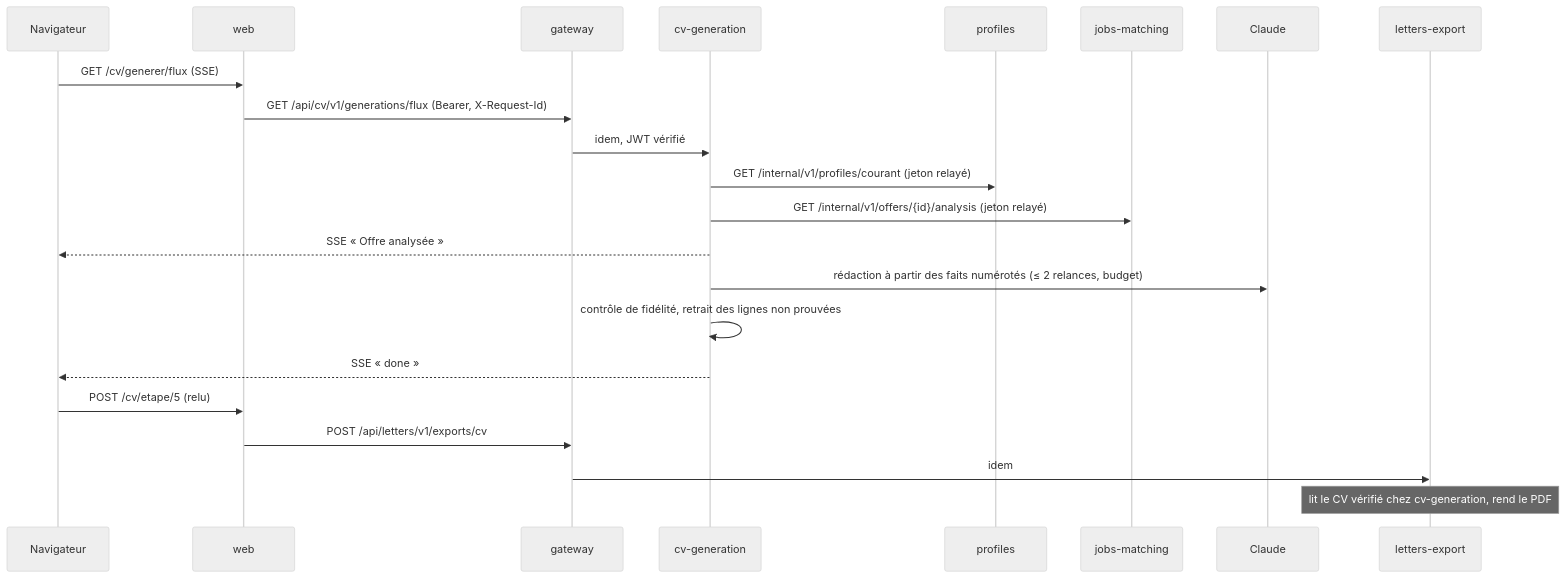
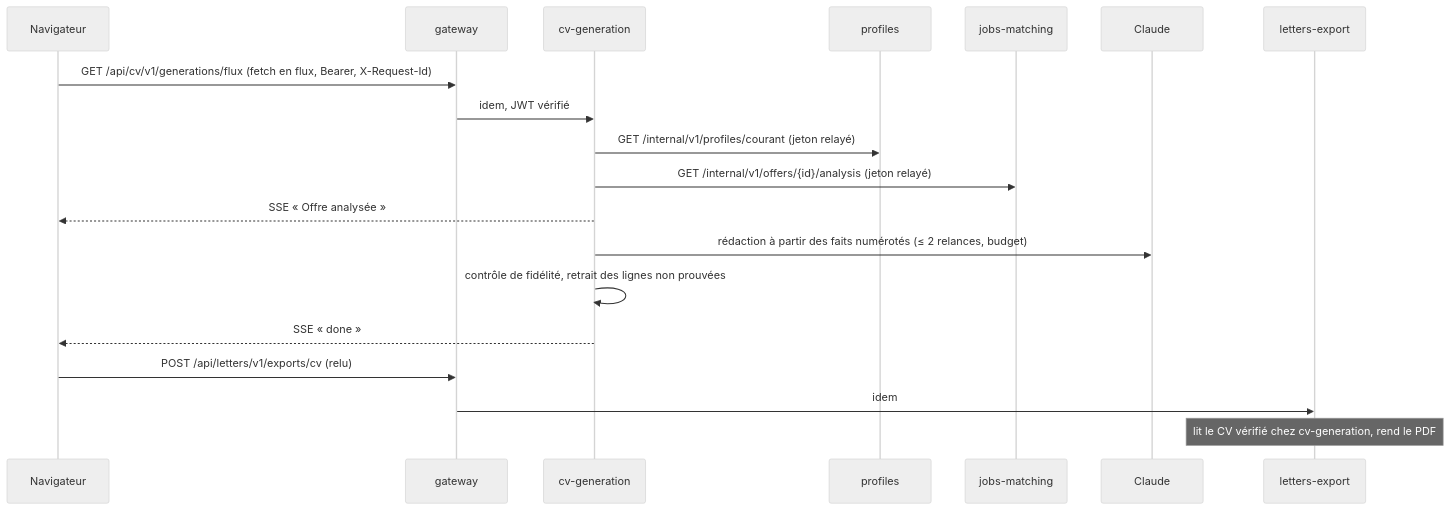
One commit to SafoueneN/Attesta changed the second of 4 diagrams in docs/architecture.md. Above: the diagram before and after it, drawn with Mermaid (neutral theme). The commit also changed other lines of this file and 12 other files, not shown here.

````diff
--- a/docs/architecture.md
+++ b/docs/architecture.md
@@ -54,24 +56,21 @@
 ```mermaid
 sequenceDiagram
   participant N as Navigateur
-  participant W as web
   participant G as gateway
   participant C as cv-generation
   participant P as profiles
   participant J as jobs-matching
   participant M as Claude
   participant L as letters-export
-  N->>W: GET /cv/generer/flux (SSE)
-  W->>G: GET /api/cv/v1/generations/flux (Bearer, X-Request-Id)
+  N->>G: GET /api/cv/v1/generations/flux (fetch en flux, Bearer, X-Request-Id)
   G->>C: idem, JWT vérifié
   C->>P: GET /internal/v1/profiles/courant (jeton relayé)
   C->>J: GET /internal/v1/offers/{id}/analysis (jeton relayé)
   C-->>N: SSE « Offre analysée »
   C->>M: rédaction à partir des faits numérotés (≤ 2 relances, budget)
   C->>C: contrôle de fidélité, retrait des lignes non prouvées
   C-->>N: SSE « done »
-  N->>W: POST /cv/etape/5 (relu)
-  W->>G: POST /api/letters/v1/exports/cv
+  N->>G: POST /api/letters/v1/exports/cv (relu)
   G->>L: idem
   Note over L: lit le CV vérifié chez cv-generation, rend le PDF
 ```
````
